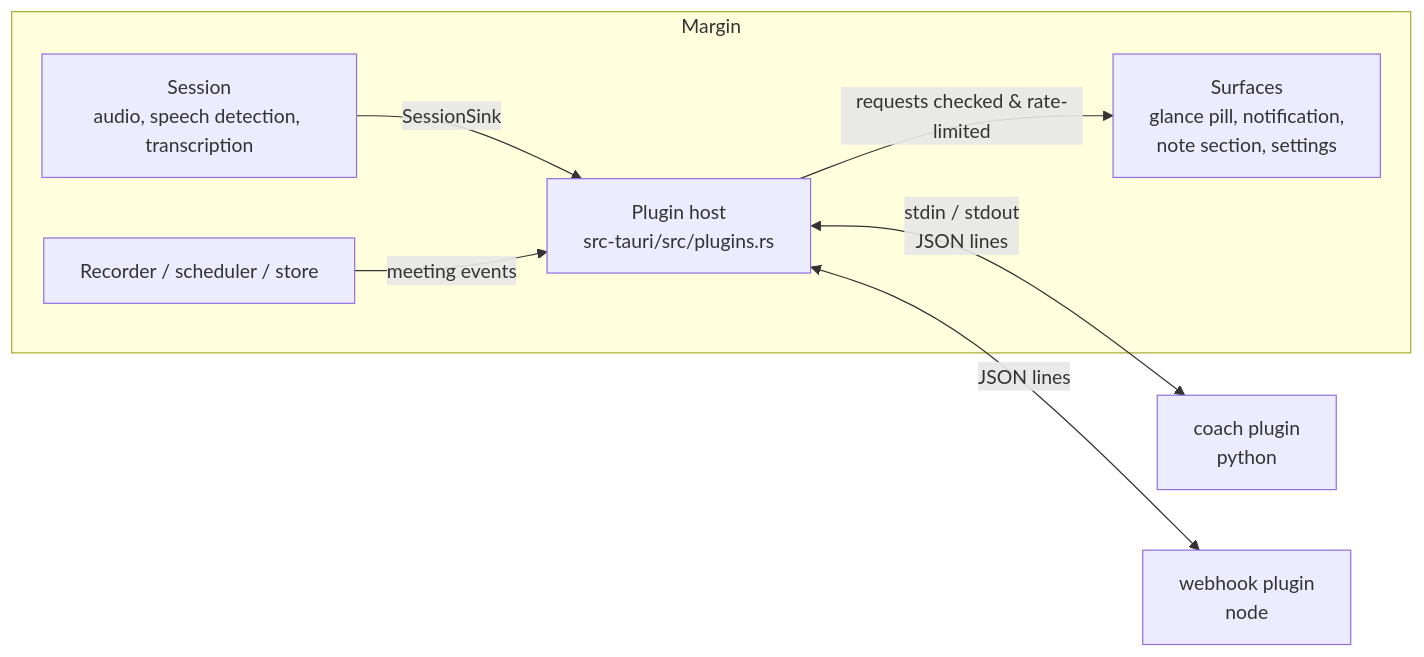
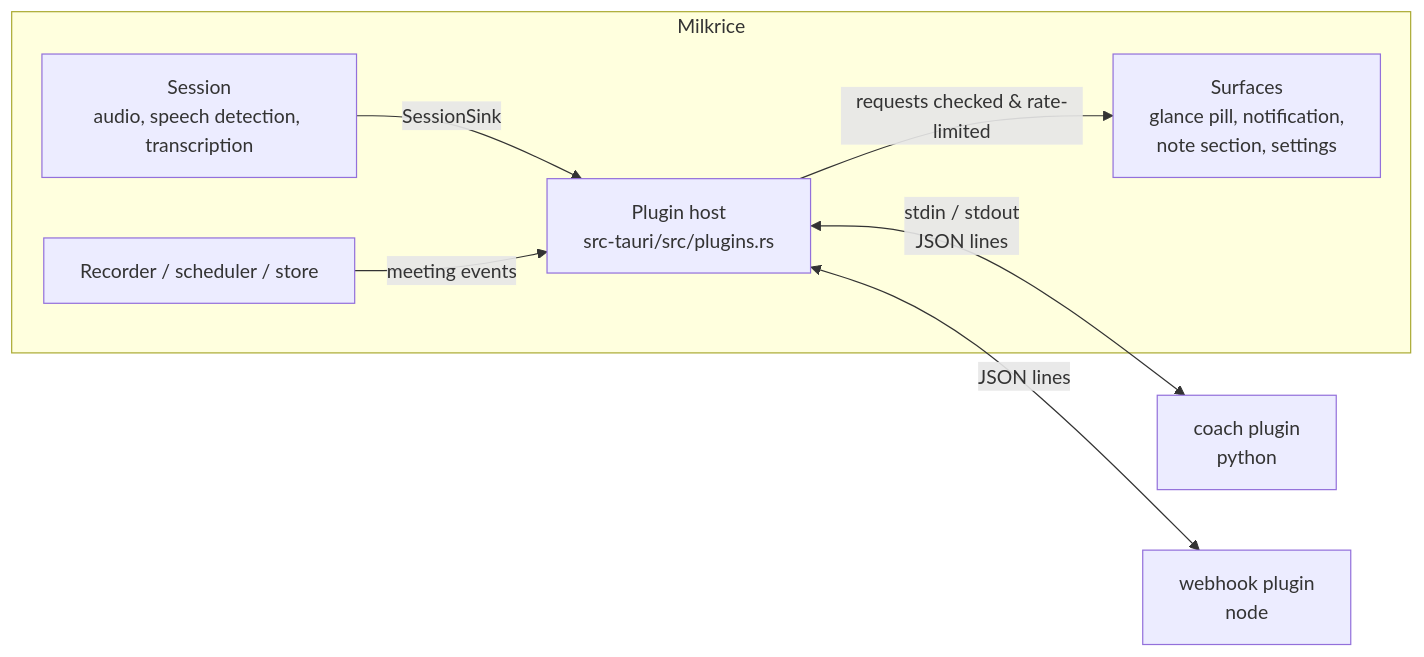
One commit to thekindofme/margin changed the diagram in docs/plugins/DESIGN.md. Above: the diagram before and after it, drawn with Mermaid. The commit also changed other lines of this file and 20 other files, not shown here.

First line of the commit message:
Rename Margin to Milkrice in docs, site, CI and design notes

````diff
--- a/docs/plugins/DESIGN.md
+++ b/docs/plugins/DESIGN.md
@@ -42,10 +42,10 @@
 ```mermaid
 flowchart LR
-  subgraph Margin
+  subgraph Milkrice
     S[Session<br/>audio, speech detection, transcription] -->|SessionSink| H[Plugin host<br/>src-tauri/src/plugins.rs]
     R[Recorder / scheduler / store] -->|meeting events| H
     H -->|requests checked & rate-limited| U[Surfaces<br/>glance pill, notification,<br/>note section, settings]
   end
   H <-->|stdin / stdout<br/>JSON lines| P1[coach plugin<br/>python]
   H <-->|JSON lines| P2[webhook plugin<br/>node]
 ```
````
